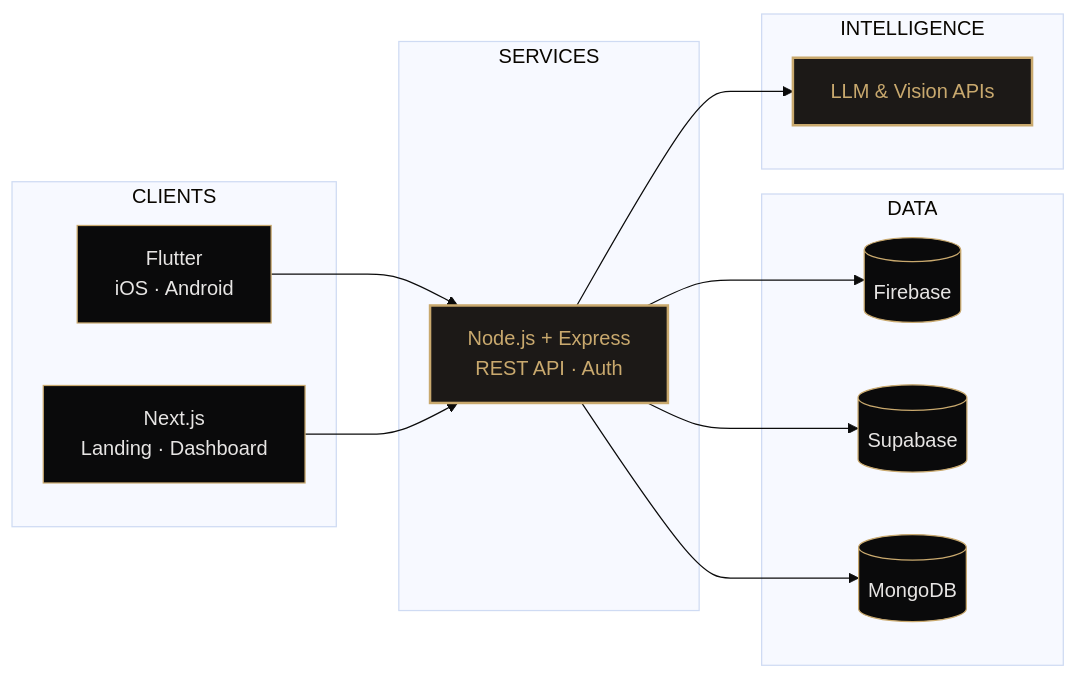
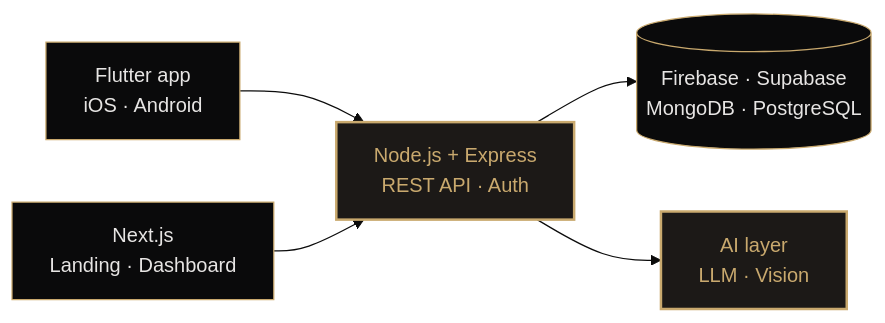
Before and after one commit to pawanbhandarry/pawanbhandarry: the diagram in README.md, drawn with Mermaid (base theme). The commit also changed other lines of this file, not shown here.

````diff
--- a/README.md
+++ b/README.md
@@ -86,28 +39,11 @@
 ```mermaid
 flowchart LR
-    subgraph C["CLIENTS"]
-        M["Flutter<br/>iOS · Android"]
-        W["Next.js<br/>Landing · Dashboard"]
-    end
-    subgraph S["SERVICES"]
-        A["Node.js + Express<br/>REST API · Auth"]
-    end
-    subgraph D["DATA"]
-        F[("Firebase")]
-        U[("Supabase")]
-        G[("MongoDB")]
-    end
-    subgraph I["INTELLIGENCE"]
-        L["LLM & Vision APIs"]
-    end
-    M --> A
-    W --> A
-    A --> F
-    A --> U
-    A --> G
-    A --> L
+    M["Flutter app<br/>iOS · Android"] --> A
+    W["Next.js<br/>Landing · Dashboard"] --> A
+    A["Node.js + Express<br/>REST API · Auth"] --> D[("Firebase · Supabase<br/>MongoDB · PostgreSQL")]
+    A --> L["AI layer<br/>LLM · Vision"]
     classDef n fill:#0A0A0B,stroke:#C9A96E,color:#E7E5E4,stroke-width:1px;
     classDef h fill:#1C1917,stroke:#C9A96E,color:#C9A96E,stroke-width:2px;
-    class M,W,F,U,G n;
+    class M,W,D n;
     class A,L h;
 ```
````
